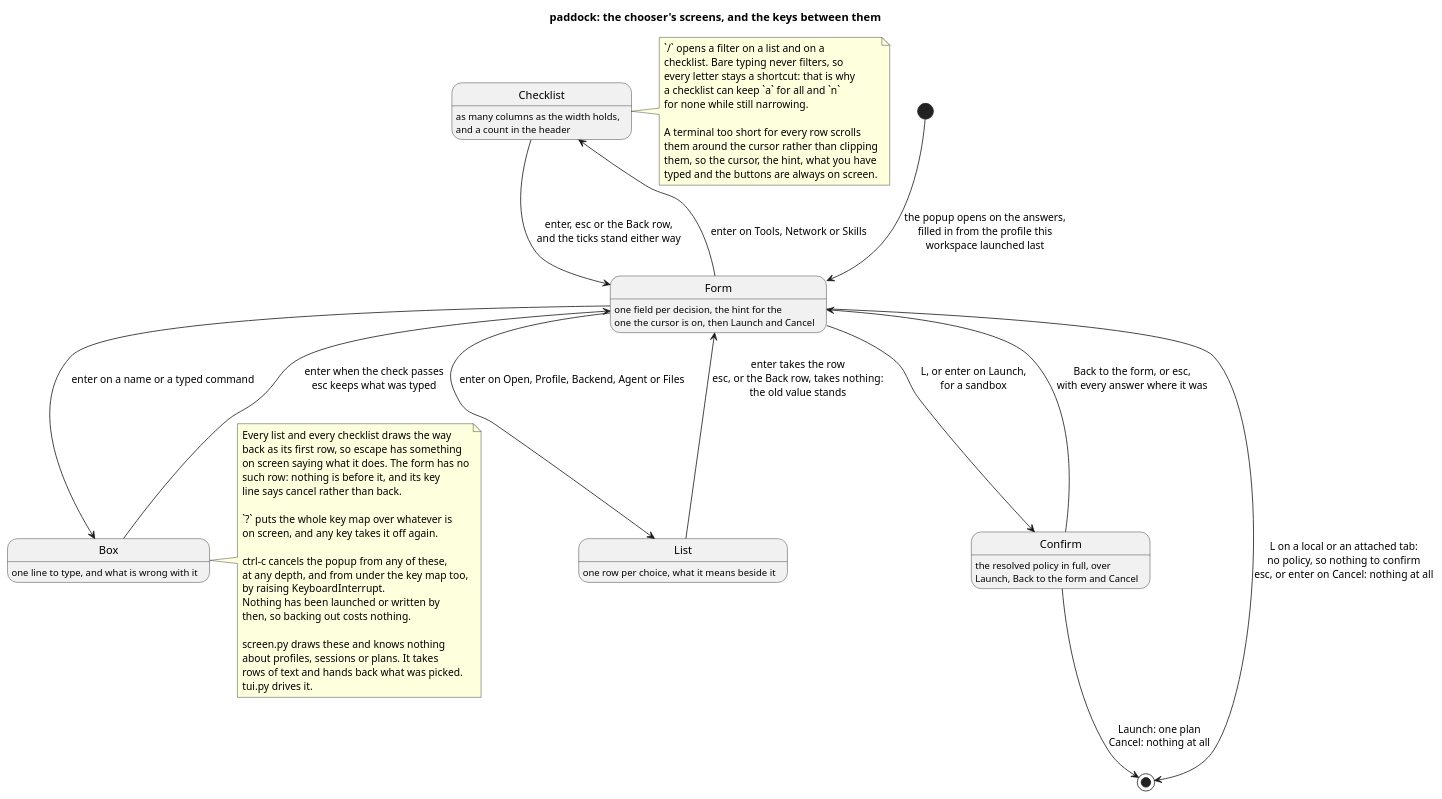
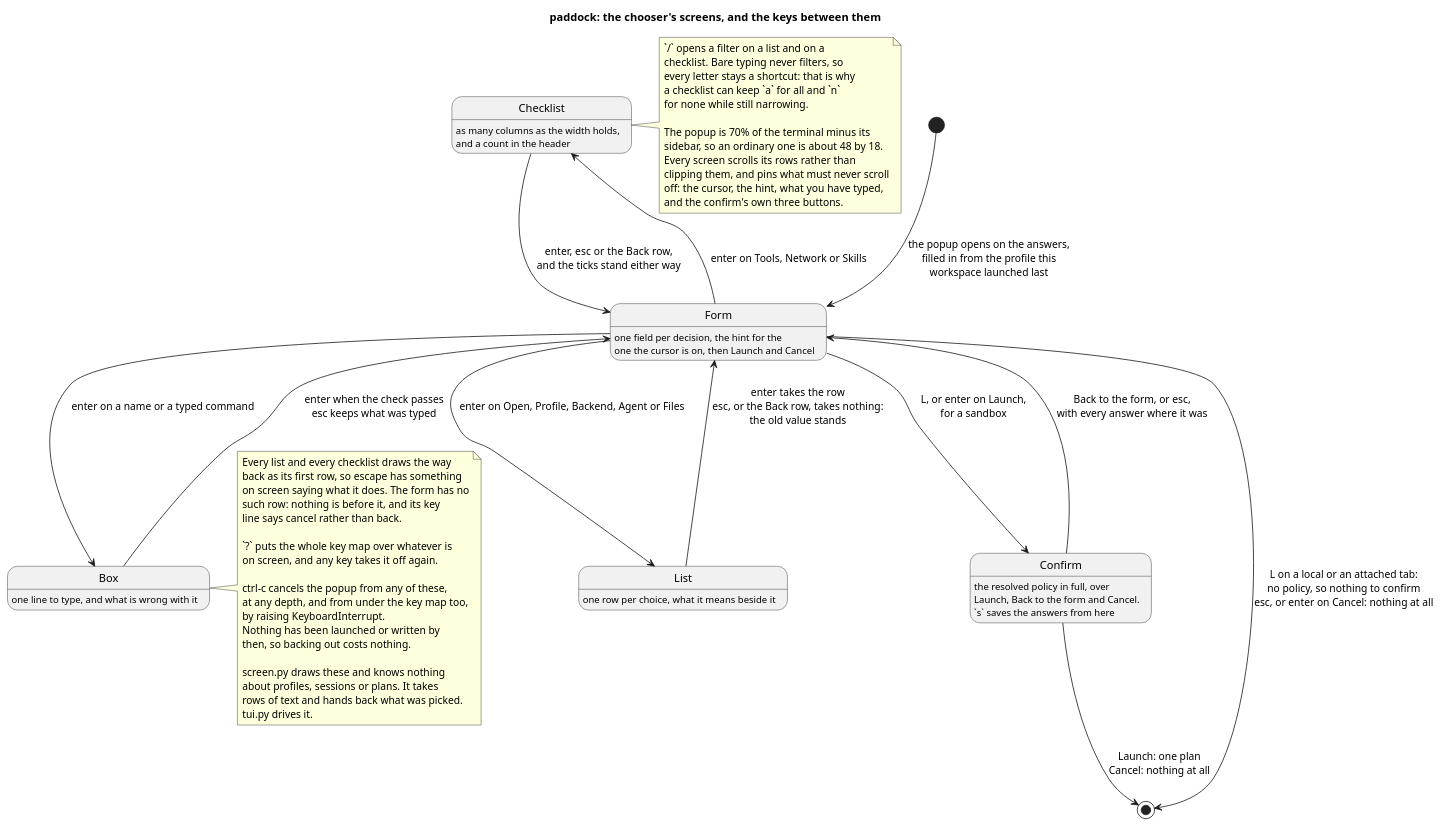
One commit to paddock-sh/paddock changed the diagram in docs/diagrams/chooser_keys.puml. Above: the diagram before and after it, drawn with PlantUML. The commit also changed 10 other files, not shown here.

```diff
--- a/docs/diagrams/chooser_keys.puml
+++ b/docs/diagrams/chooser_keys.puml
@@ -1,61 +1,63 @@
 @startuml chooser_keys
 title paddock: the chooser's screens, and the keys between them
 
 skinparam shadowing false
 hide empty description
 
 [*] --> Form : the popup opens on the answers,\nfilled in from the profile this\nworkspace launched last
 
 state Form : one field per decision, the hint for the\none the cursor is on, then Launch and Cancel
 state "List" as Pick : one row per choice, what it means beside it
 state "Checklist" as Tick : as many columns as the width holds,\nand a count in the header
 state "Box" as Type : one line to type, and what is wrong with it
-state Confirm : the resolved policy in full, over\nLaunch, Back to the form and Cancel
+state Confirm : the resolved policy in full, over\nLaunch, Back to the form and Cancel.\n`s` saves the answers from here
 
 Form --> Pick : enter on Open, Profile, Backend, Agent or Files
 Form --> Tick : enter on Tools, Network or Skills
 Form --> Type : enter on a name or a typed command
 Pick --> Form : enter takes the row\nesc, or the Back row, takes nothing:\nthe old value stands
 Tick --> Form : enter, esc or the Back row,\nand the ticks stand either way
 Type --> Form : enter when the check passes\nesc keeps what was typed
 Form --> Confirm : L, or enter on Launch,\nfor a sandbox
 Form --> [*] : L on a local or an attached tab:\nno policy, so nothing to confirm\nesc, or enter on Cancel: nothing at all
 Confirm --> [*] : Launch: one plan\nCancel: nothing at all
 Confirm --> Form : Back to the form, or esc,\nwith every answer where it was
 
 note right of Tick
   `/` opens a filter on a list and on a
   checklist. Bare typing never filters, so
   every letter stays a shortcut: that is why
   a checklist can keep `a` for all and `n`
   for none while still narrowing.
 
-  A terminal too short for every row scrolls
-  them around the cursor rather than clipping
-  them, so the cursor, the hint, what you have
-  typed and the buttons are always on screen.
+  The popup is 70% of the terminal minus its
+  sidebar, so an ordinary one is about 48 by 18.
+  Every screen scrolls its rows rather than
+  clipping them, and pins what must never scroll
+  off: the cursor, the hint, what you have typed,
+  and the confirm's own three buttons.
 end note
 
 note right of Type
   Every list and every checklist draws the way
   back as its first row, so escape has something
   on screen saying what it does. The form has no
   such row: nothing is before it, and its key
   line says cancel rather than back.
 
   `?` puts the whole key map over whatever is
   on screen, and any key takes it off again.
 
   ctrl-c cancels the popup from any of these,
   at any depth, and from under the key map too,
   by raising KeyboardInterrupt.
   Nothing has been launched or written by
   then, so backing out costs nothing.
 
   screen.py draws these and knows nothing
   about profiles, sessions or plans. It takes
   rows of text and hands back what was picked.
   tui.py drives it.
 end note
 
 @enduml
```
